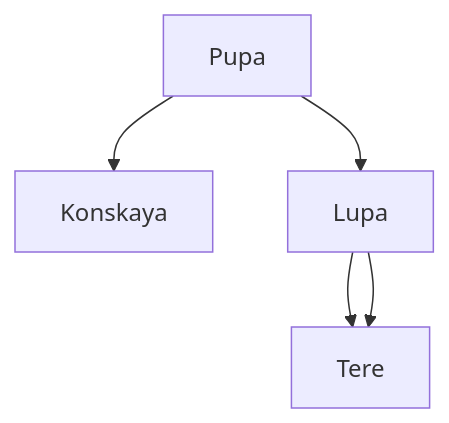
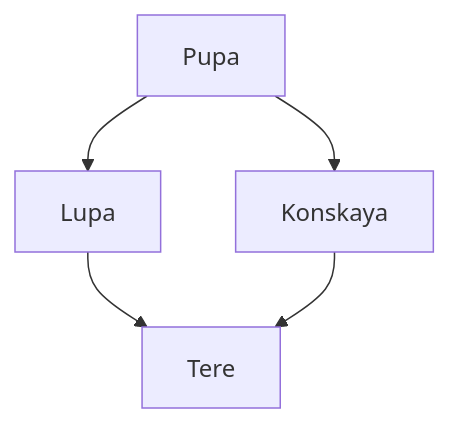
Before and after one commit to Sairsey/mermaid_test: the diagram in README.md, drawn with Mermaid.

````diff
--- a/README.md
+++ b/README.md
@@ -5,7 +5,7 @@
 ```mermaid
   graph TD;
       Pupa-->Konskaya;
       Pupa-->Lupa;
       Lupa-->Tere;
-      Lupa-->Tere;
+      Konskaya-->Tere;
 ```
````
